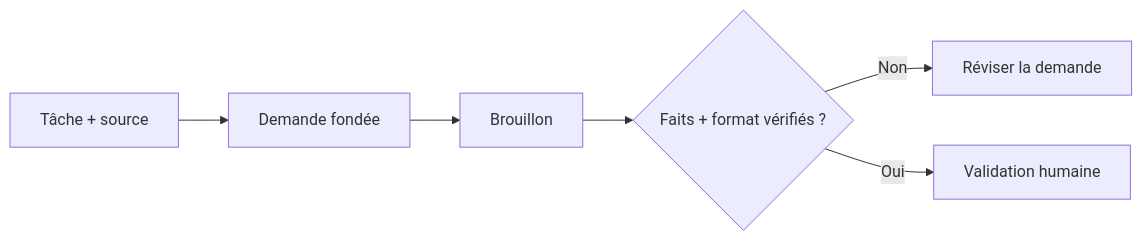
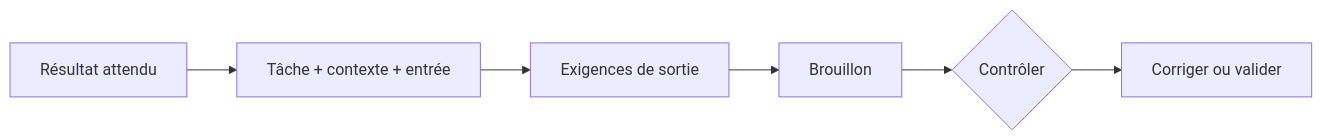
The diagram in teaching/visuals/s03/fr/workflow.mmd (Ange230700/ibm-ai-foundations-for-everyone-notes), drawn with Mermaid before and after one commit. The commit also changed 7 other files, not shown here.

```diff
--- a/teaching/visuals/s03/fr/workflow.mmd
+++ b/teaching/visuals/s03/fr/workflow.mmd
@@ -1,6 +1,6 @@
 flowchart LR
- A["Tâche + source"] --> B["Demande fondée"]
- B --> C["Brouillon"]
- C --> D{"Faits + format vérifiés ?"}
- D -->|Non| E["Réviser la demande"]
- D -->|Oui| F["Validation humaine"]
+ A["Résultat attendu"] --> B["Tâche + contexte + entrée"]
+ B --> C["Exigences de sortie"]
+ C --> D["Brouillon"]
+ D --> E{"Contrôler"}
+ E --> F["Corriger ou valider"]
```
